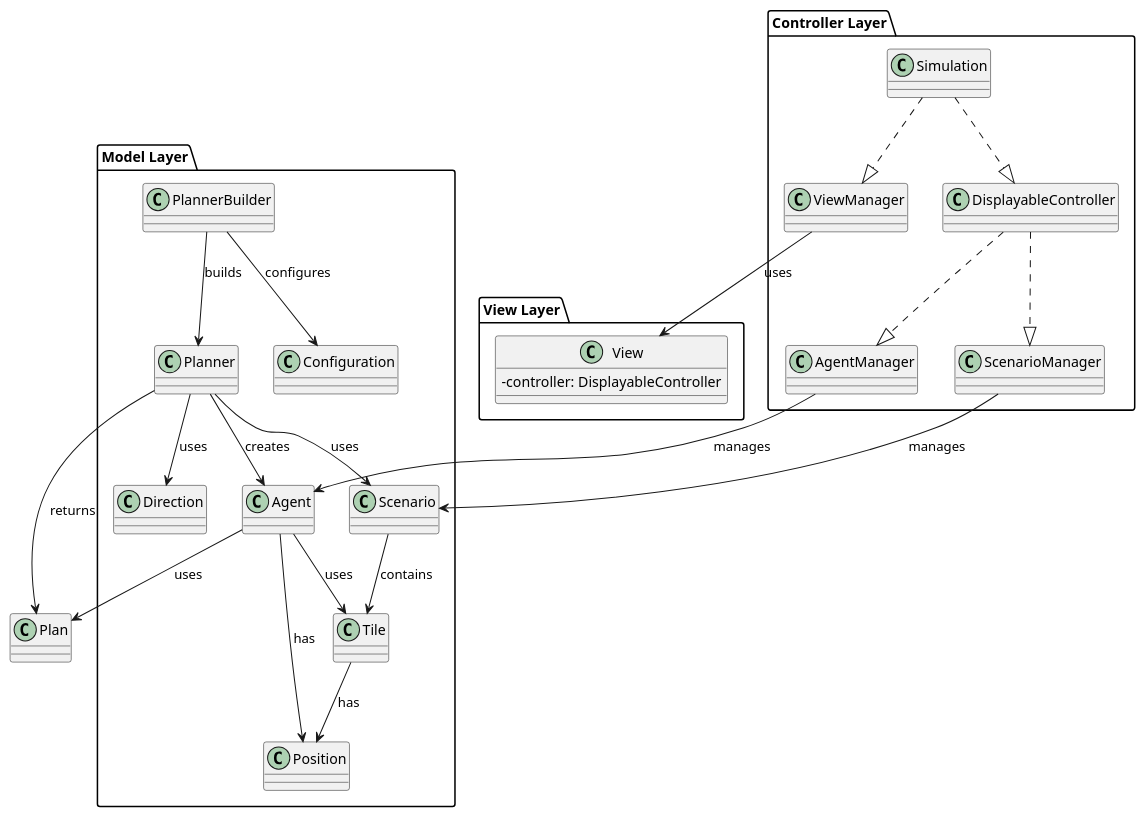
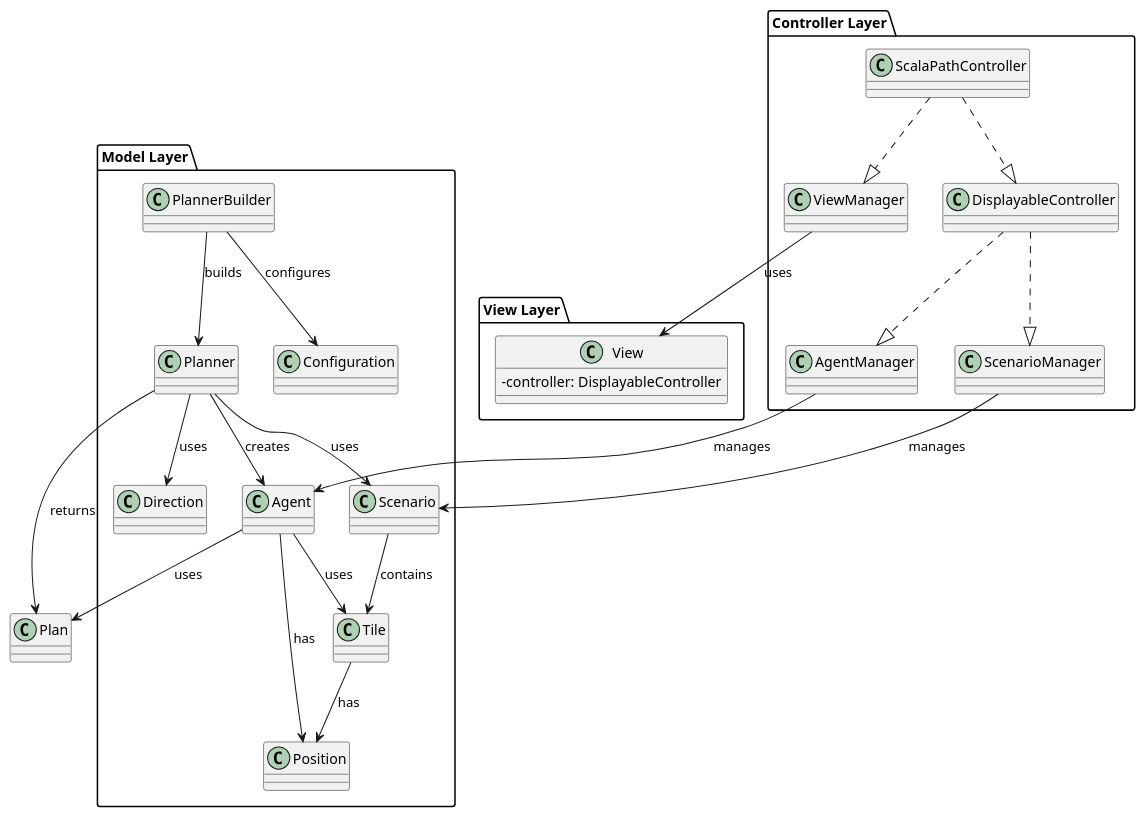
One commit to g-mainardi/PPS-24-scala-path changed the diagram in architettura.puml. Above: the diagram before and after it, drawn with PlantUML. The commit also changed 1 other file, not shown here.

```diff
--- a/architettura.puml
+++ b/architettura.puml
@@ -1,51 +1,51 @@
 @startuml
 skinparam classAttributeIconSize 0
 
 package "View Layer" {
   class View {
     - controller: DisplayableController
   }
 }
 
 package "Controller Layer" {
   class DisplayableController
   class ViewManager
   class AgentManager
-  class Simulation
+  class ScalaPathController
   class ScenarioManager
 }
 
 package "Model Layer" {
   class Agent
   class Planner
   class PlannerBuilder
   class Configuration
   class Scenario
   class Tile
   class Direction
   class Position
 }
 
 
 DisplayableController ..|> AgentManager
 DisplayableController ..|> ScenarioManager
 AgentManager --> Agent : manages
 ScenarioManager --> Scenario : manages
 Agent --> Plan : uses
 Agent --> Position : has
 Agent --> Tile : uses
 PlannerBuilder --> Planner : builds
 PlannerBuilder --> Configuration : configures
 Planner --> Agent : creates
 Planner --> Scenario : uses
 Planner --> Direction : uses
 Scenario --> Tile : contains
 Tile --> Position : has
 Planner --> Plan : returns
 
-Simulation ..|> DisplayableController
-Simulation ..|> ViewManager
+ScalaPathController ..|> DisplayableController
+ScalaPathController ..|> ViewManager
 ViewManager --> View : uses
 
 
 @enduml
```
